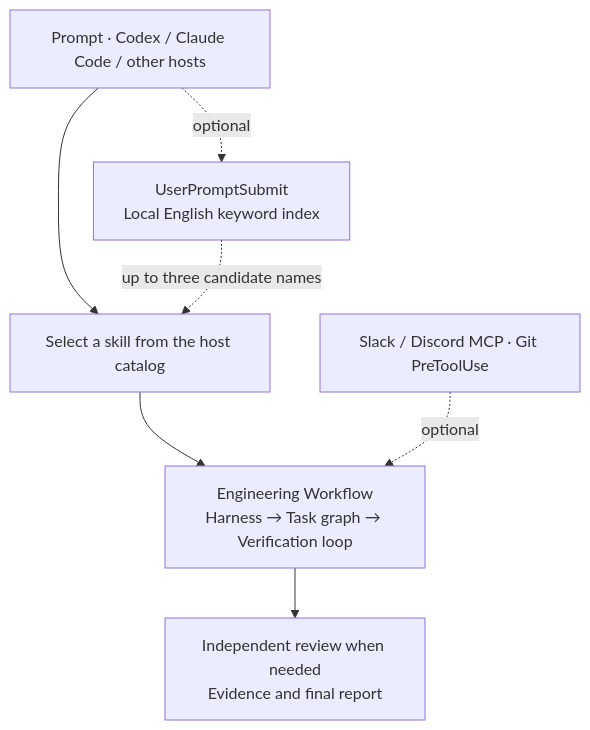
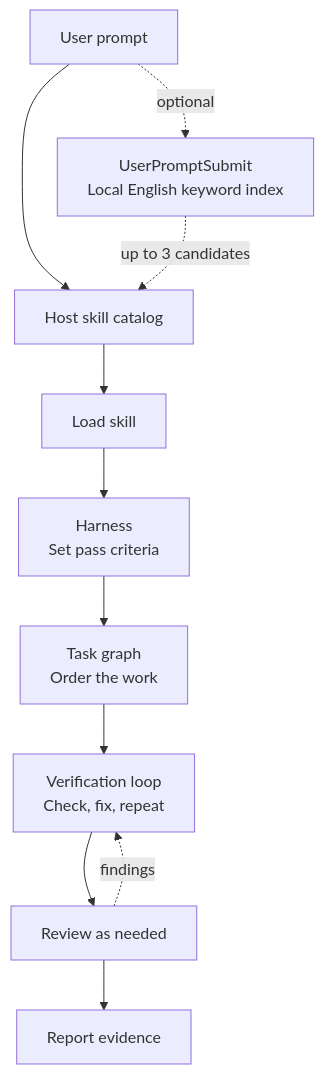
Before and after one commit to leejungmin91/engineering-workflow: the diagram in README.md, drawn with Mermaid. The commit also changed other lines of this file and 1 other file, not shown here.

Commit message:
Add a Korean README and explain the workflow architecture

````diff
--- a/README.md
+++ b/README.md
@@ -7,9 +13,13 @@
 ```mermaid
 flowchart TB
-    Prompt["Prompt · Codex / Claude Code / other hosts"] --> Select["Select a skill from the host catalog"]
+    Prompt["User prompt"] --> Catalog["Host skill catalog"]
     Prompt -. optional .-> Index["UserPromptSubmit<br/>Local English keyword index"]
-    Index -. up to three candidate names .-> Select
-    Select --> Core["Engineering Workflow<br/>Harness → Task graph → Verification loop"]
-    Optional["Slack / Discord MCP · Git PreToolUse"] -. optional .-> Core
-    Core --> Report["Independent review when needed<br/>Evidence and final report"]
+    Index -. up to 3 candidates .-> Catalog
+    Catalog --> Skill["Load skill"]
+    Skill --> Harness["Harness<br/>Set pass criteria"]
+    Harness --> Graph["Task graph<br/>Order the work"]
+    Graph --> Loop["Verification loop<br/>Check, fix, repeat"]
+    Loop --> Review["Review as needed"]
+    Review -. findings .-> Loop
+    Review --> Report["Report evidence"]
 ```
````
